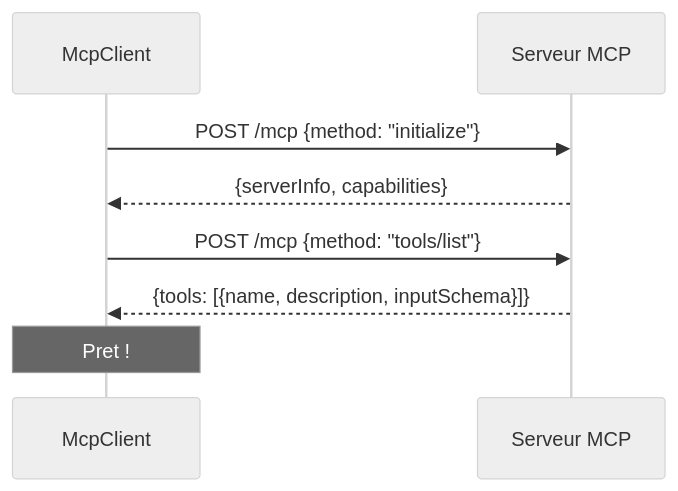
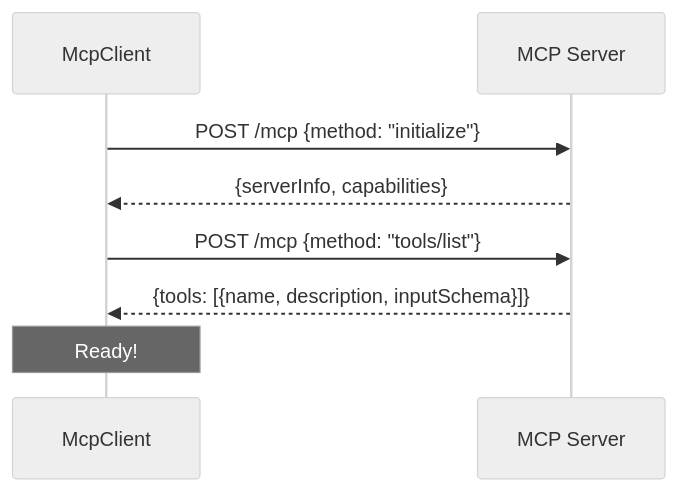
The second of 3 diagrams in docs/starlight/src/content/docs/tutorials/connect-mcp-server.mdx (jeanbaptiste/webmcp-auto-ui), drawn with Mermaid (neutral theme) before and after one commit. The commit also changed other lines of this file and 94 other files, not shown here.

````diff
--- a/docs/starlight/src/content/docs/tutorials/connect-mcp-server.mdx
+++ b/docs/starlight/src/content/docs/tutorials/connect-mcp-server.mdx
@@ -72,11 +70,11 @@
 ```mermaid
 sequenceDiagram
     participant Client as McpClient
-    participant Server as Serveur MCP
+    participant Server as MCP Server
 
     Client->>Server: POST /mcp {method: "initialize"}
     Server-->>Client: {serverInfo, capabilities}
     Client->>Server: POST /mcp {method: "tools/list"}
     Server-->>Client: {tools: [{name, description, inputSchema}]}
-    Note over Client: Pret !
+    Note over Client: Ready!
 ```
````
